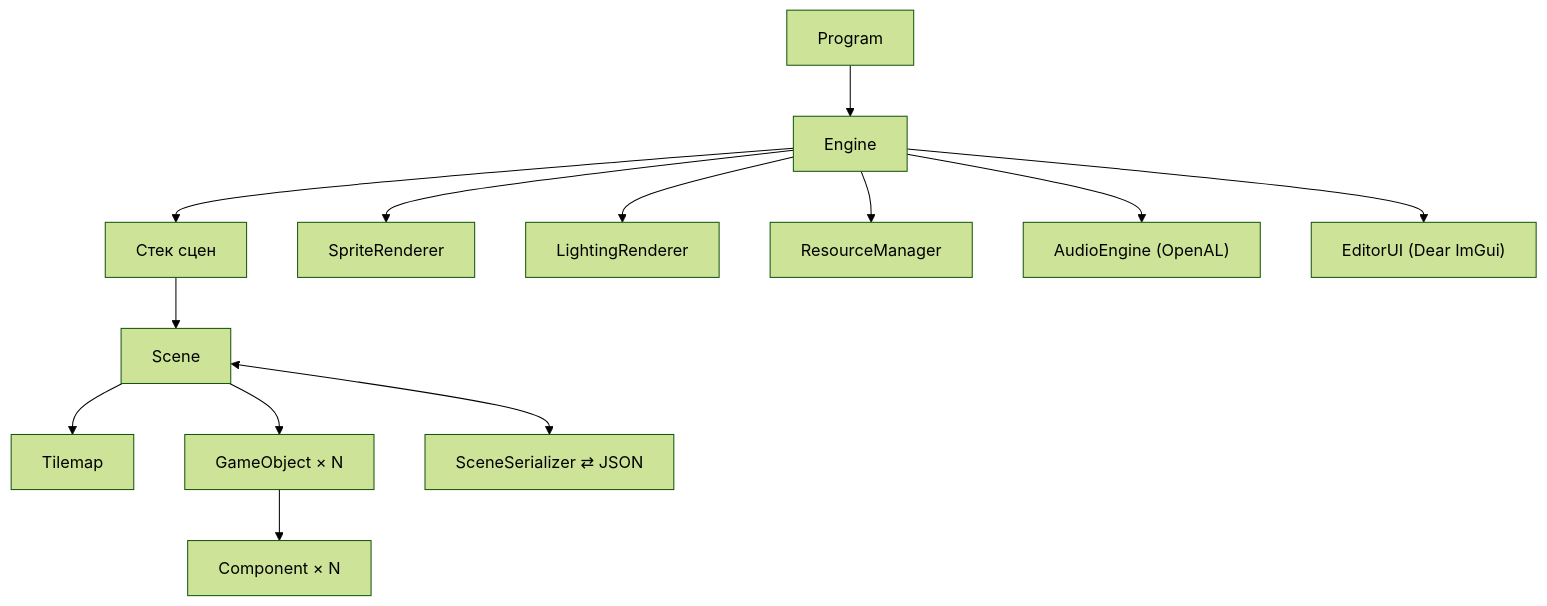
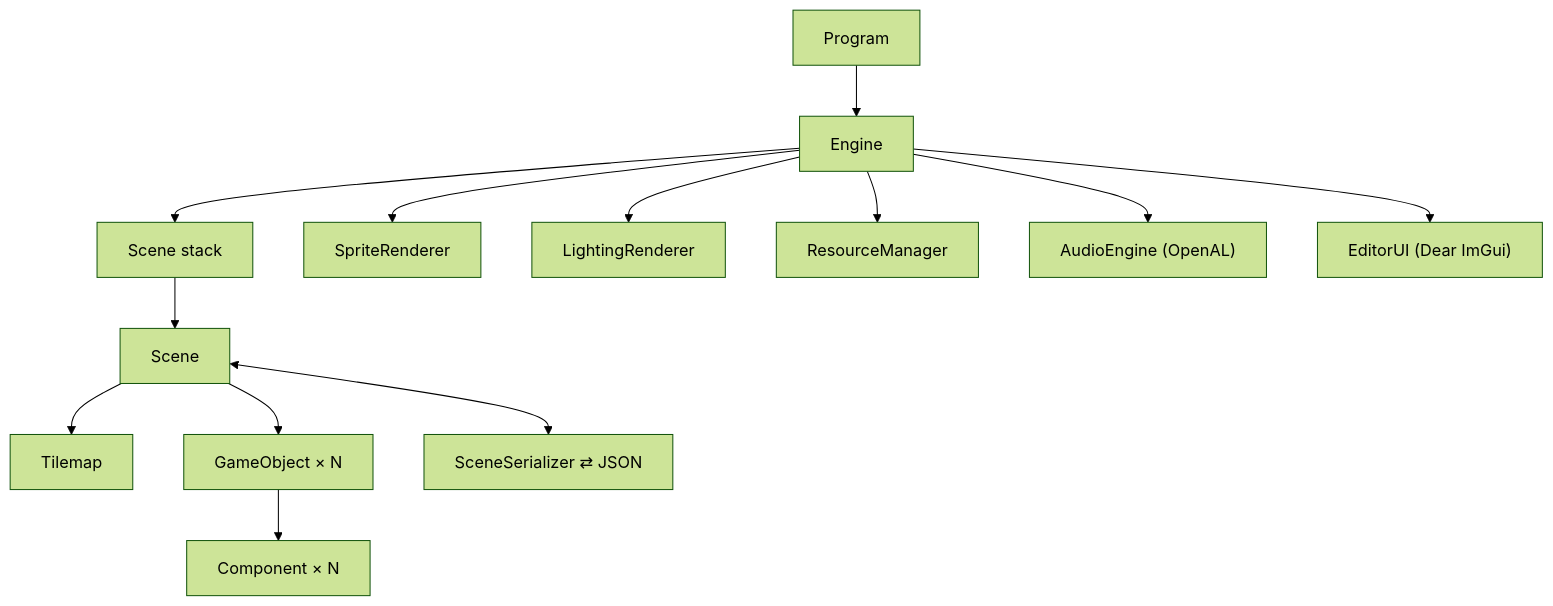
The first of 2 diagrams in README.md (InfinitiveP/ef2dg), drawn with Mermaid (forest theme) before and after one commit. The commit also changed other lines of this file and 73 other files, not shown here.

````diff
--- a/README.md
+++ b/README.md
@@ -69,15 +71,15 @@
 ```mermaid
 flowchart TB
     Program --> Engine
-    Engine --> Stack["Стек сцен"]
+    Engine --> Stack["Scene stack"]
     Engine --> Renderer["SpriteRenderer"]
     Engine --> Lighting["LightingRenderer"]
     Engine --> Resources["ResourceManager"]
     Engine --> Audio["AudioEngine (OpenAL)"]
     Engine --> Editor["EditorUI (Dear ImGui)"]
     Stack --> Scene
     Scene --> Map["Tilemap"]
     Scene --> GO["GameObject × N"]
     GO --> Comp["Component × N"]
     Scene <--> Serializer["SceneSerializer ⇄ JSON"]
 ```
````
